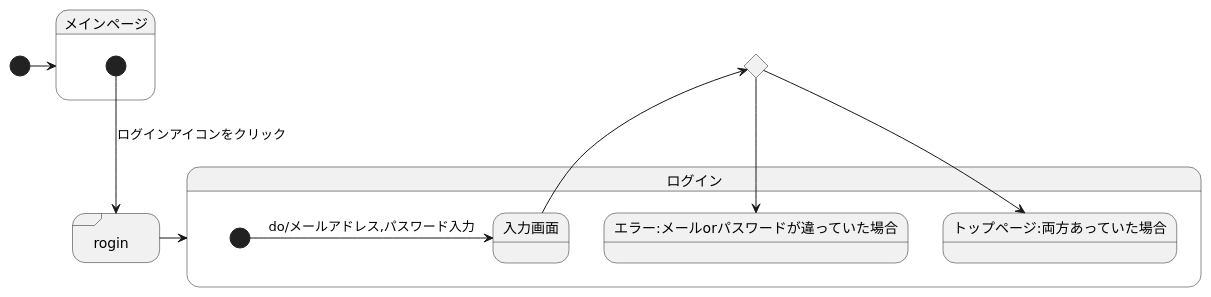
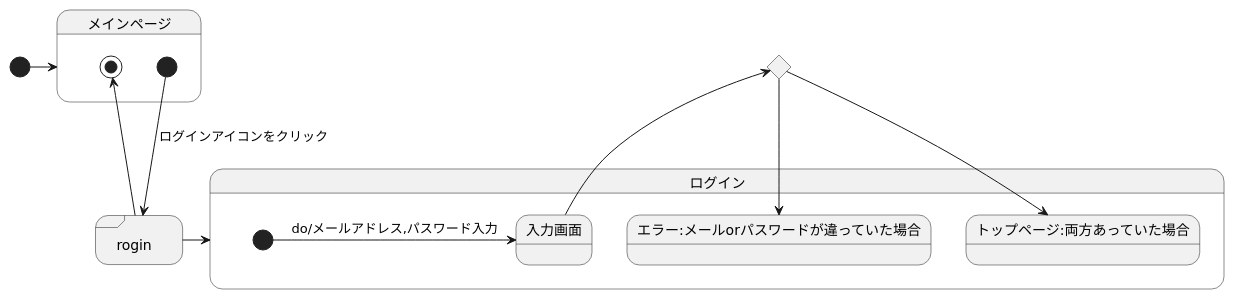
One commit to akutori/T-D-E changed the diagram in UML.md. Above: the diagram before and after it, drawn with PlantUML.

````diff
--- a/UML.md
+++ b/UML.md
@@ -1,25 +1,26 @@
 ```uml
 @startuml
 state "rogin" <<sdlreceive>>
 state input <<choice>>
 
 
 [*]->メインページ
 state メインページ{
     [*]--> rogin : ログインアイコンをクリック
+    rogin -> [*]
 
 }
 state "rogin" <<sdlreceive>> 
 state input <<choice>>
 rogin -> ログイン
 state ログイン{
     [*]-> 入力画面:do/メールアドレス,パスワード入力
     入力画面-->input
     input --> エラー:メールorパスワードが違っていた場合
     input --> トップページ:両方あっていた場合
 }
 
 
 
 @enduml
 ```
````
